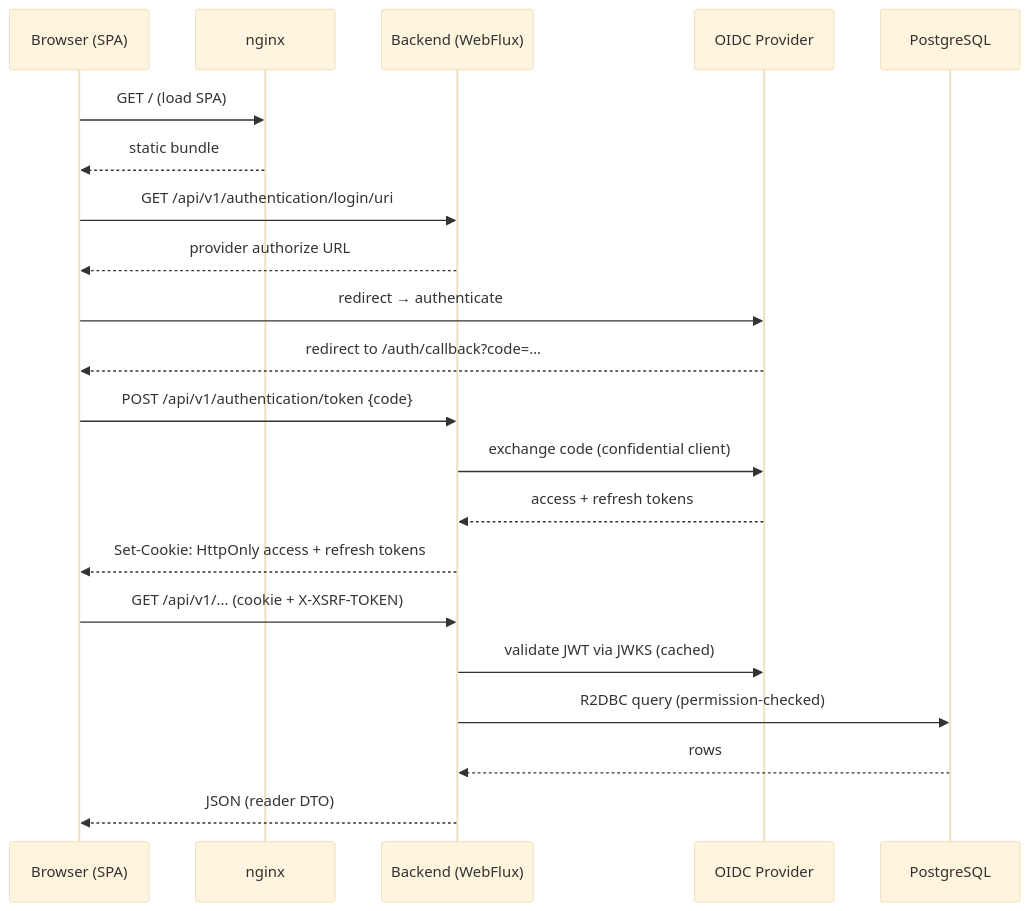
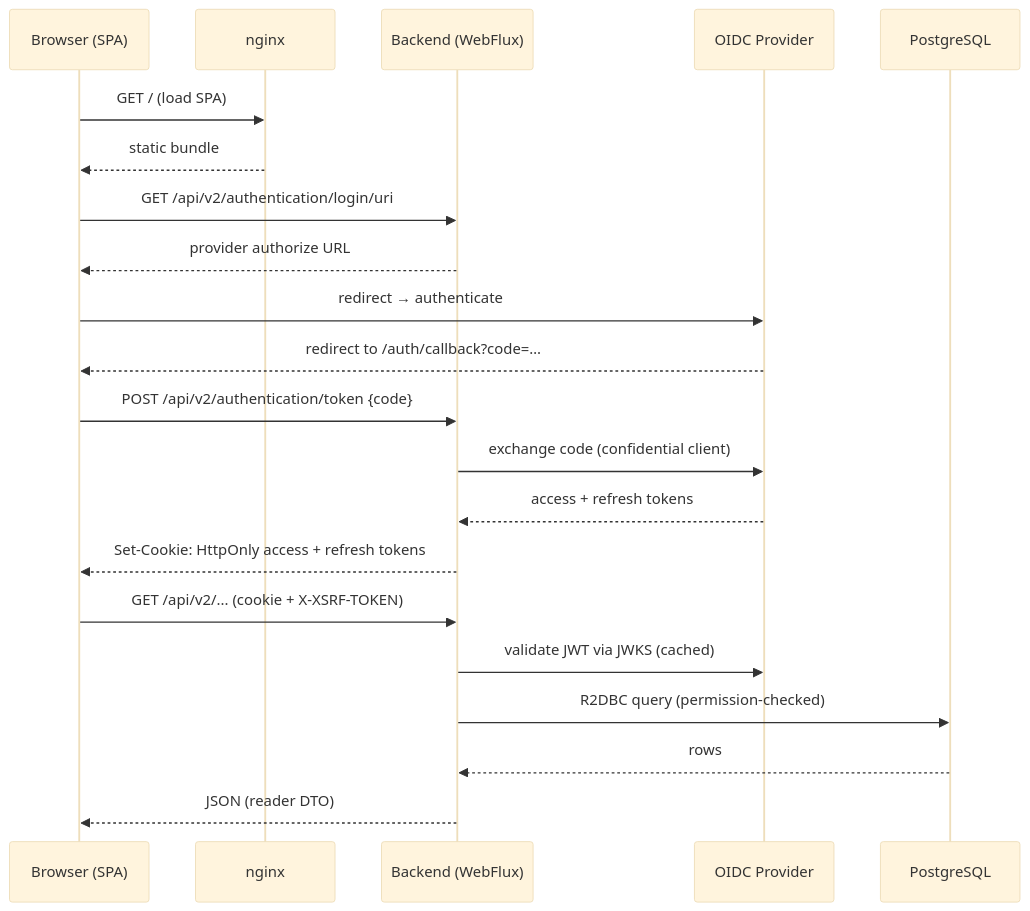
Before and after one commit to laucoin/Documentations: the second of 2 diagrams in documentation/registry/technical/architecture.md, drawn with Mermaid (base theme). The commit also changed other lines of this file and 52 other files, not shown here.

````diff
--- a/documentation/registry/technical/architecture.md
+++ b/documentation/registry/technical/architecture.md
@@ -66,24 +73,24 @@
 ```mermaid
 sequenceDiagram
     participant B as Browser (SPA)
     participant N as nginx
     participant A as Backend (WebFlux)
     participant I as OIDC Provider
     participant D as PostgreSQL
 
     B->>N: GET / (load SPA)
     N-->>B: static bundle
-    B->>A: GET /api/v1/authentication/login/uri
+    B->>A: GET /api/v2/authentication/login/uri
     A-->>B: provider authorize URL
     B->>I: redirect → authenticate
     I-->>B: redirect to /auth/callback?code=…
-    B->>A: POST /api/v1/authentication/token {code}
+    B->>A: POST /api/v2/authentication/token {code}
     A->>I: exchange code (confidential client)
     I-->>A: access + refresh tokens
     A-->>B: Set-Cookie: HttpOnly access + refresh tokens
-    B->>A: GET /api/v1/... (cookie + X-XSRF-TOKEN)
+    B->>A: GET /api/v2/... (cookie + X-XSRF-TOKEN)
     A->>I: validate JWT via JWKS (cached)
     A->>D: R2DBC query (permission-checked)
     D-->>A: rows
     A-->>B: JSON (reader DTO)
 ```
````
